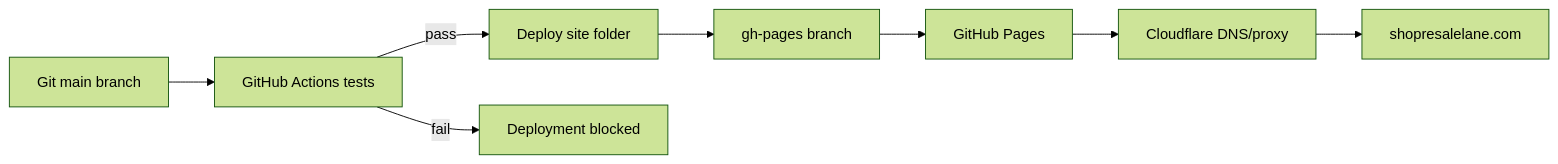
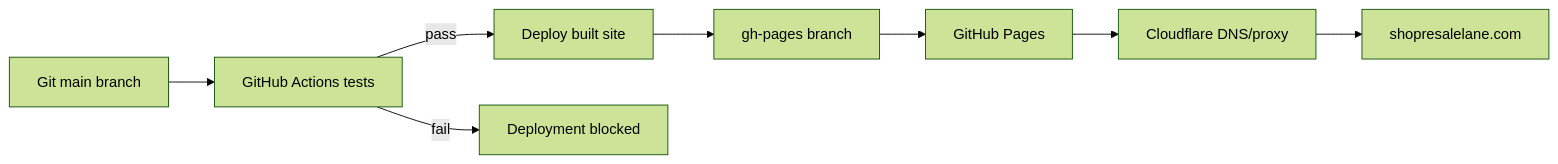
One commit to collinbediner/Resale changed the first of 2 diagrams in docs/ARCHITECTURE.md. Above: the diagram before and after it, drawn with Mermaid (forest theme). The commit also changed other lines of this file and 6 other files, not shown here.

Commit message:
Document technical architecture and integrations

````diff
--- a/docs/ARCHITECTURE.md
+++ b/docs/ARCHITECTURE.md
@@ -21,10 +50,10 @@
 ```mermaid
 flowchart LR
   A["Git main branch"] --> B["GitHub Actions tests"]
-  B -->|pass| C["Deploy site folder"]
+  B -->|pass| C["Deploy built site"]
   B -->|fail| D["Deployment blocked"]
   C --> E["gh-pages branch"]
   E --> F["GitHub Pages"]
   F --> G["Cloudflare DNS/proxy"]
   G --> H["shopresalelane.com"]
 ```
````
